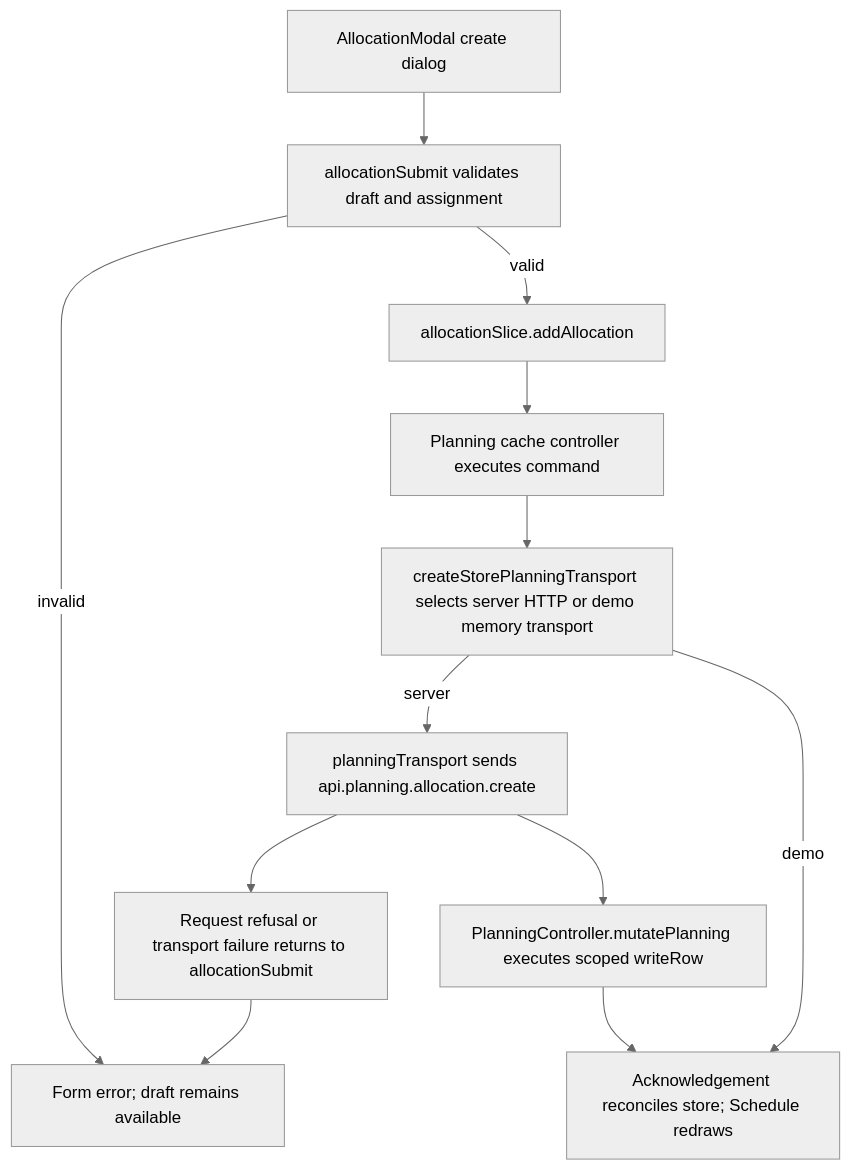
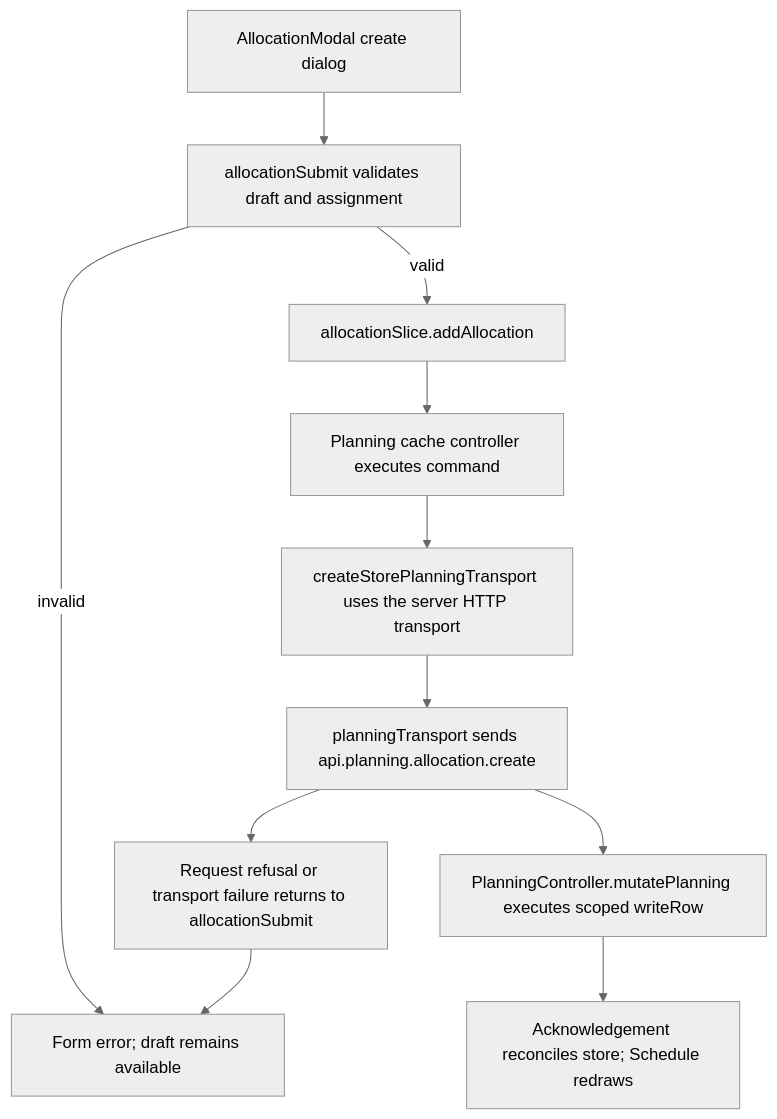
One commit to Kevinjohn/capacitylens changed the second of 2 diagrams in user-stories/allocation/US-ALL-01-create.md. Above: the diagram before and after it, drawn with Mermaid (neutral theme). The commit also changed other lines of this file and 343 other files, not shown here.

Commit message:
feat: use server-owned company planning and a disposable development demo

````diff
--- a/user-stories/allocation/US-ALL-01-create.md
+++ b/user-stories/allocation/US-ALL-01-create.md
@@ -55,14 +55,13 @@
 ```mermaid
 flowchart TD
   A["AllocationModal create dialog"] --> B["allocationSubmit validates draft and assignment"]
   B -->|valid| C["allocationSlice.addAllocation"]
   B -->|invalid| I["Field/form error; dialog remains open"]
   C --> D["Planning cache controller executes command"]
-  D --> E["createStorePlanningTransport selects server HTTP or demo memory transport"]
-  E -->|server| F["planningTransport sends api.planning.allocation.create"]
+  D --> E["createStorePlanningTransport uses the server HTTP transport"]
+  E --> F["planningTransport sends api.planning.allocation.create"]
   F --> J["Request refusal or transport failure returns to allocationSubmit"]
   J --> I["Form error; draft remains available"]
   F --> G["PlanningController.mutatePlanning executes scoped writeRow"]
   G --> H["Acknowledgement reconciles store; Schedule redraws"]
-  E -->|demo| H
 ```
````
